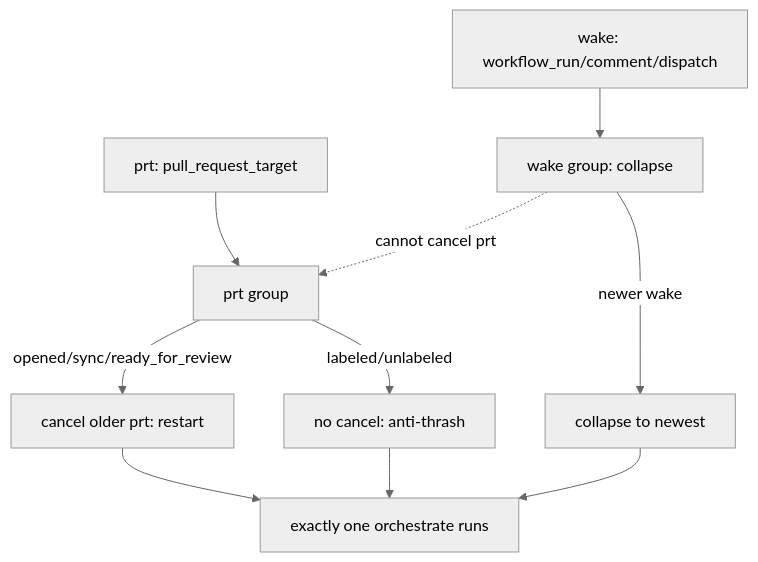
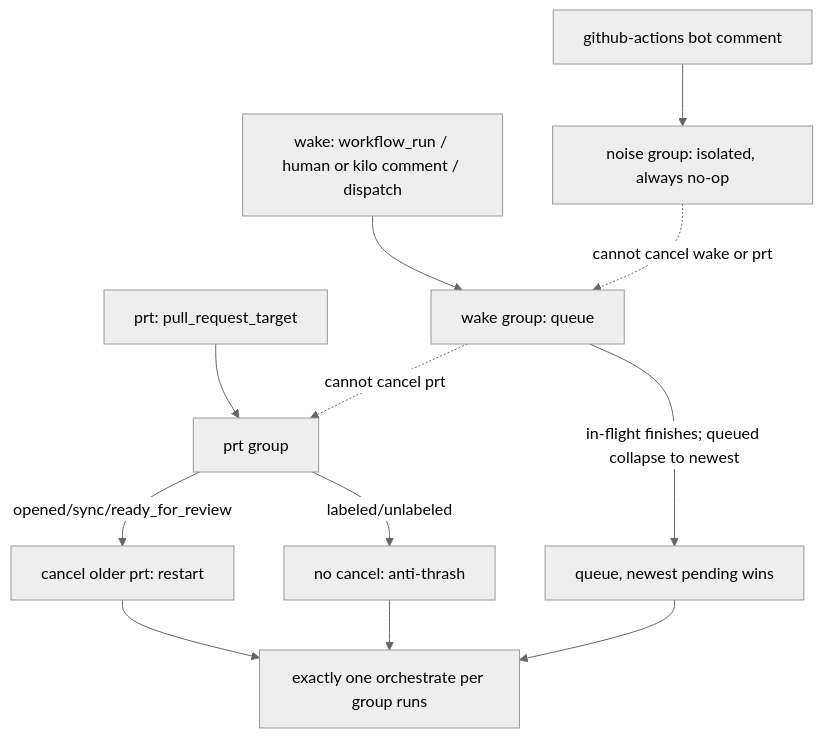
One commit to kostua16/amnezia-control-panel changed the fifth of 11 diagrams in docs/workflow-e2e-scenarios.md. Above: the diagram before and after it, drawn with Mermaid (neutral theme). The commit also changed other lines of this file and 6 other files, not shown here.

````diff
--- a/docs/workflow-e2e-scenarios.md
+++ b/docs/workflow-e2e-scenarios.md
@@ -212,12 +212,14 @@
 ```mermaid
 flowchart TD
-  W[wake: workflow_run/comment/dispatch] --> WG[wake group: collapse]
+  W[wake: workflow_run / human or kilo comment / dispatch] --> WG[wake group: queue]
+  N[github-actions bot comment] --> NG[noise group: isolated, always no-op]
   PT[prt: pull_request_target] --> PG[prt group]
   PG -->|opened/sync/ready_for_review| CX[cancel older prt: restart]
   PG -->|labeled/unlabeled| NC[no cancel: anti-thrash]
   WG -.->|cannot cancel prt| PG
-  WG -->|newer wake| WL[collapse to newest]
-  CX --> ONE[exactly one orchestrate runs]
+  NG -.->|cannot cancel wake or prt| WG
+  WG -->|in-flight finishes; queued collapse to newest| WL[queue, newest pending wins]
+  CX --> ONE[exactly one orchestrate per group runs]
   NC --> ONE
   WL --> ONE
 ```
````
